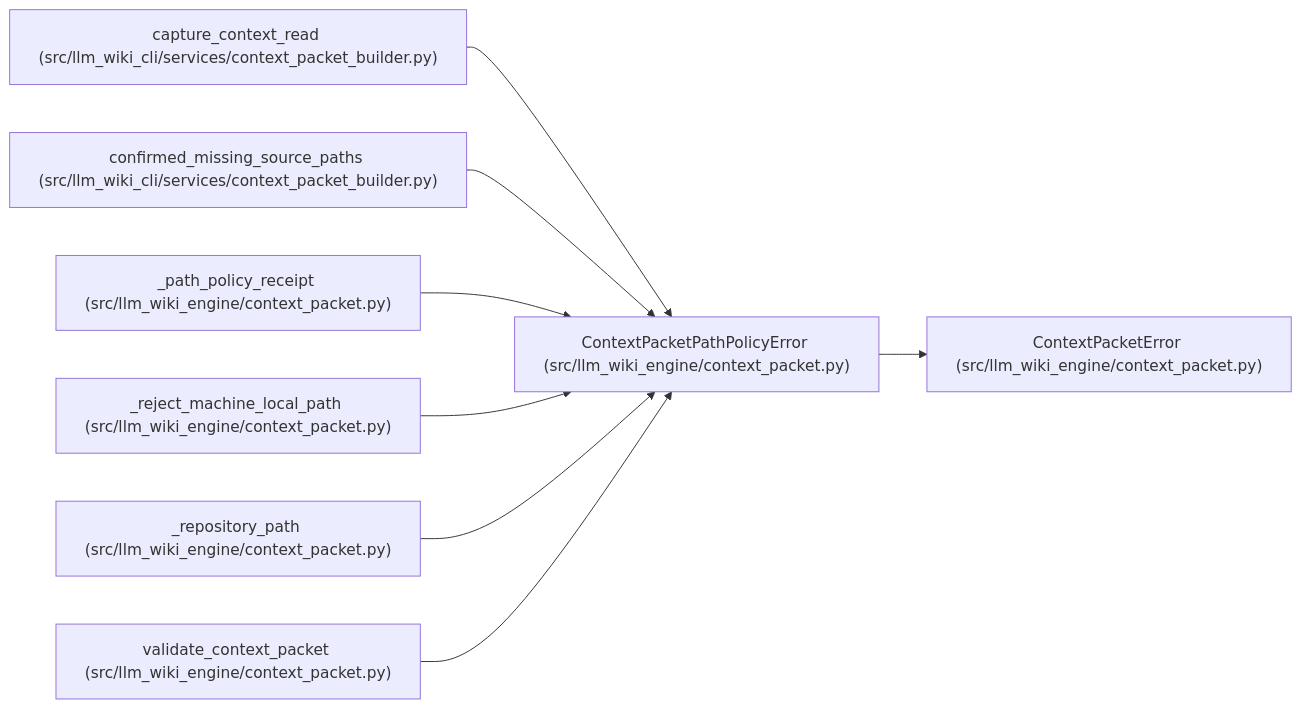
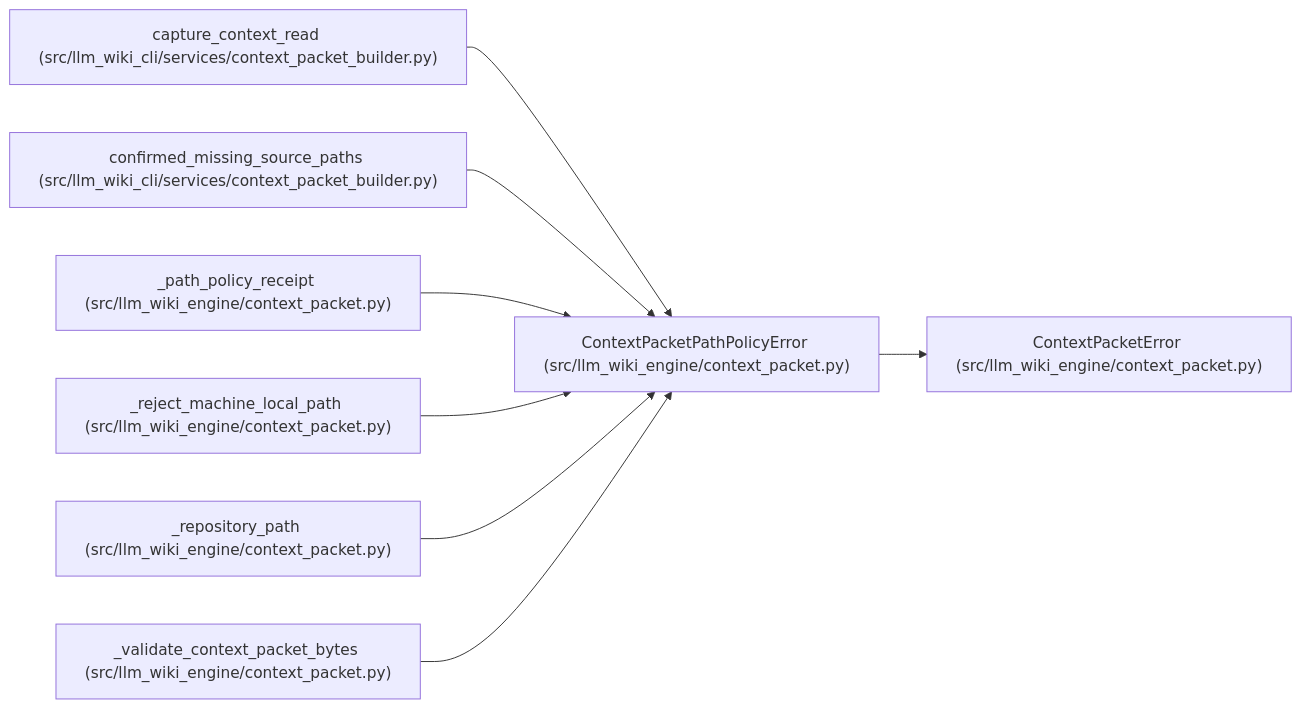
The diagram in docs/llm_wiki/entities/ContextPacketPathPolicyError.md (Denissvgn/python-wiki-llm), drawn with Mermaid before and after one commit. The commit also changed other lines of this file and 869 other files, not shown here.

Commit message:
docs: refresh the wiki for the engine layout and producer opt-in

````diff
--- a/docs/llm_wiki/entities/ContextPacketPathPolicyError.md
+++ b/docs/llm_wiki/entities/ContextPacketPathPolicyError.md
@@ -25,26 +25,26 @@
 ```mermaid
 flowchart LR
     n0["ContextPacketPathPolicyError (src/llm_wiki_engine/context_packet.py)"]
     n1["ContextPacketError (src/llm_wiki_engine/context_packet.py)"]
     n2["capture_context_read (src/llm_wiki_cli/services/context_packet_builder.py)"]
     n3["confirmed_missing_source_paths (src/llm_wiki_cli/services/context_packet_builder.py)"]
     n4["_path_policy_receipt (src/llm_wiki_engine/context_packet.py)"]
     n5["_reject_machine_local_path (src/llm_wiki_engine/context_packet.py)"]
     n6["_repository_path (src/llm_wiki_engine/context_packet.py)"]
-    n7["validate_context_packet (src/llm_wiki_engine/context_packet.py)"]
+    n7["_validate_context_packet_bytes (src/llm_wiki_engine/context_packet.py)"]
     n0 --> n1
     n2 --> n0
     n3 --> n0
     n4 --> n0
     n5 --> n0
     n6 --> n0
     n7 --> n0
     click n0 "../modules/context_packet.md"
     click n1 "../modules/context_packet.md"
     click n2 "../modules/context_packet_builder.md"
     click n3 "../modules/context_packet_builder.md"
     click n4 "../modules/context_packet.md"
     click n5 "../modules/context_packet.md"
     click n6 "../modules/context_packet.md"
     click n7 "../modules/context_packet.md"
 ```
````
